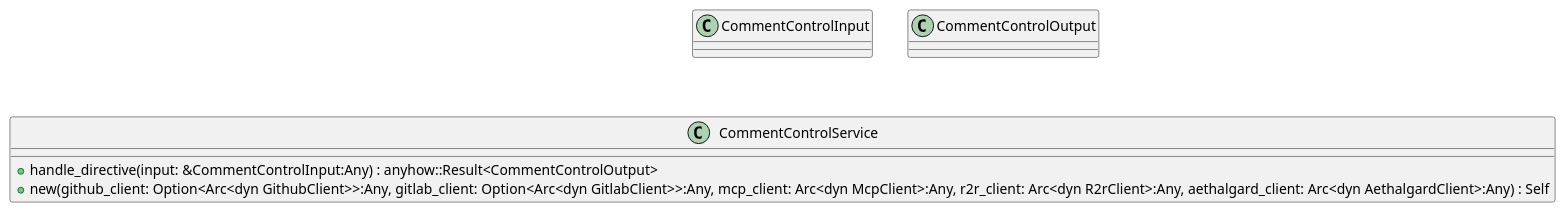
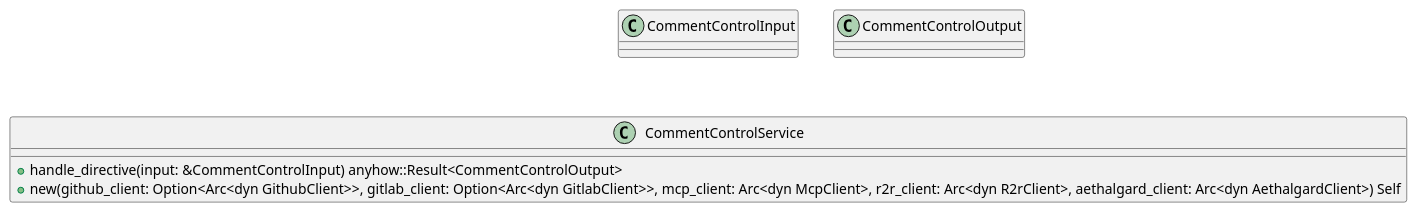
Before and after one commit to lgcorzo/rust_CACD_autonomous_factory: the first of 6 diagrams in openwiki/crates_factory_application_src_workflows_comment_control.md, drawn with PlantUML. The commit also changed other lines of this file and 97 other files, not shown here.

First line of the commit message:
Fix Rust AST parsing for method and function parameters, and update OKF UML frontmatter

````diff
--- a/openwiki/crates_factory_application_src_workflows_comment_control.md
+++ b/openwiki/crates_factory_application_src_workflows_comment_control.md
@@ -148,13 +153,13 @@
 ```plantuml
 @startuml
 class CommentControlInput {
 }
 class CommentControlOutput {
 }
 class CommentControlService {
-    +handle_directive(input: &CommentControlInput:Any) : anyhow::Result<CommentControlOutput>
-    +new(github_client: Option<Arc<dyn GithubClient>>:Any, gitlab_client: Option<Arc<dyn GitlabClient>>:Any, mcp_client: Arc<dyn McpClient>:Any, r2r_client: Arc<dyn R2rClient>:Any, aethalgard_client: Arc<dyn AethalgardClient>:Any) : Self
+    +handle_directive(input: &CommentControlInput) anyhow::Result<CommentControlOutput>
+    +new(github_client: Option<Arc<dyn GithubClient>>, gitlab_client: Option<Arc<dyn GitlabClient>>, mcp_client: Arc<dyn McpClient>, r2r_client: Arc<dyn R2rClient>, aethalgard_client: Arc<dyn AethalgardClient>) Self
 }
 @enduml
 
 ```
````
